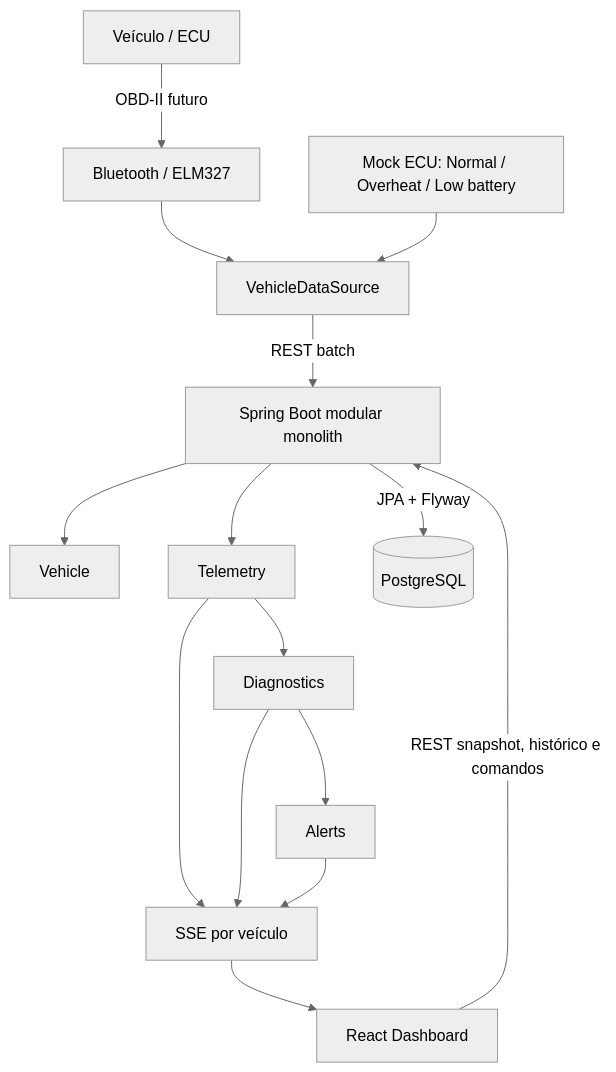
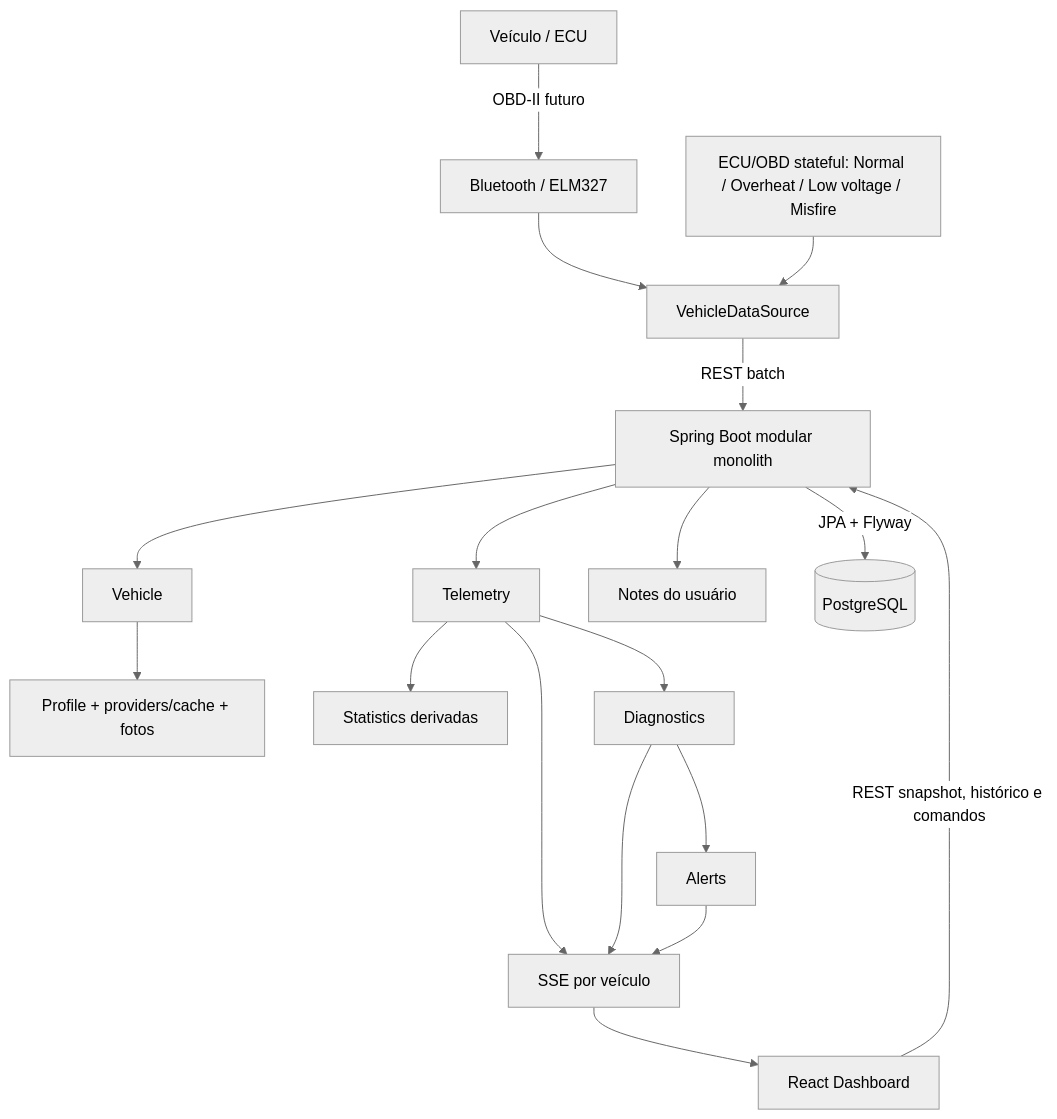
Before and after one commit to enzoolu/enhara: the diagram in docs/architecture/architecture.md, drawn with Mermaid (neutral theme). The commit also changed other lines of this file and 130 other files, not shown here.

````diff
--- a/docs/architecture/architecture.md
+++ b/docs/architecture/architecture.md
@@ -7,17 +7,20 @@
 ```mermaid
 flowchart TD
   ECU[Veículo / ECU] -->|OBD-II futuro| BT[Bluetooth / ELM327]
   BT --> VDS[VehicleDataSource]
-  MOCK[Mock ECU: Normal / Overheat / Low battery] --> VDS
+  MOCK[ECU/OBD stateful: Normal / Overheat / Low voltage / Misfire] --> VDS
   VDS -->|REST batch| API[Spring Boot modular monolith]
   API --> VEH[Vehicle]
+  VEH --> PROFILE[Profile + providers/cache + fotos]
   API --> TEL[Telemetry]
+  API --> NOTES[Notes do usuário]
+  TEL --> STATS[Statistics derivadas]
   TEL --> DIAG[Diagnostics]
   DIAG --> ALERT[Alerts]
   API -->|JPA + Flyway| PG[(PostgreSQL)]
   TEL --> SSE[SSE por veículo]
   DIAG --> SSE
   ALERT --> SSE
   SSE --> WEB[React Dashboard]
   WEB -->|REST snapshot, histórico e comandos| API
 ```
````
